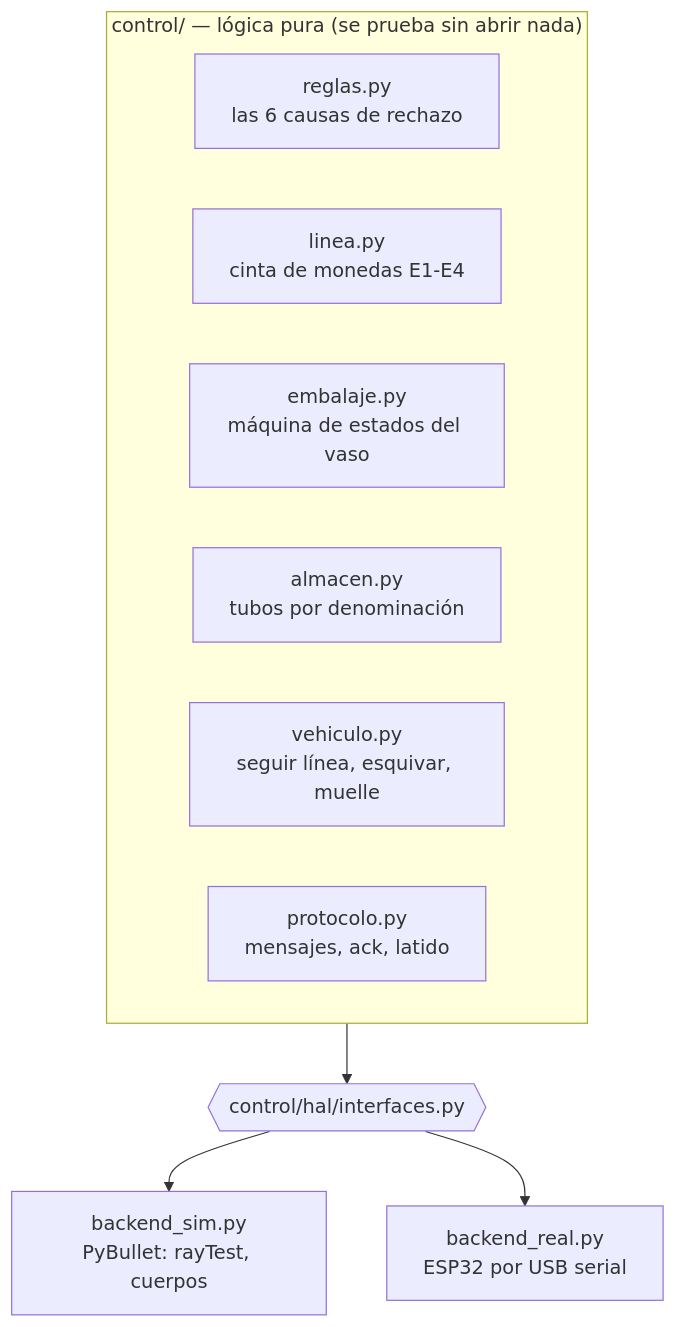
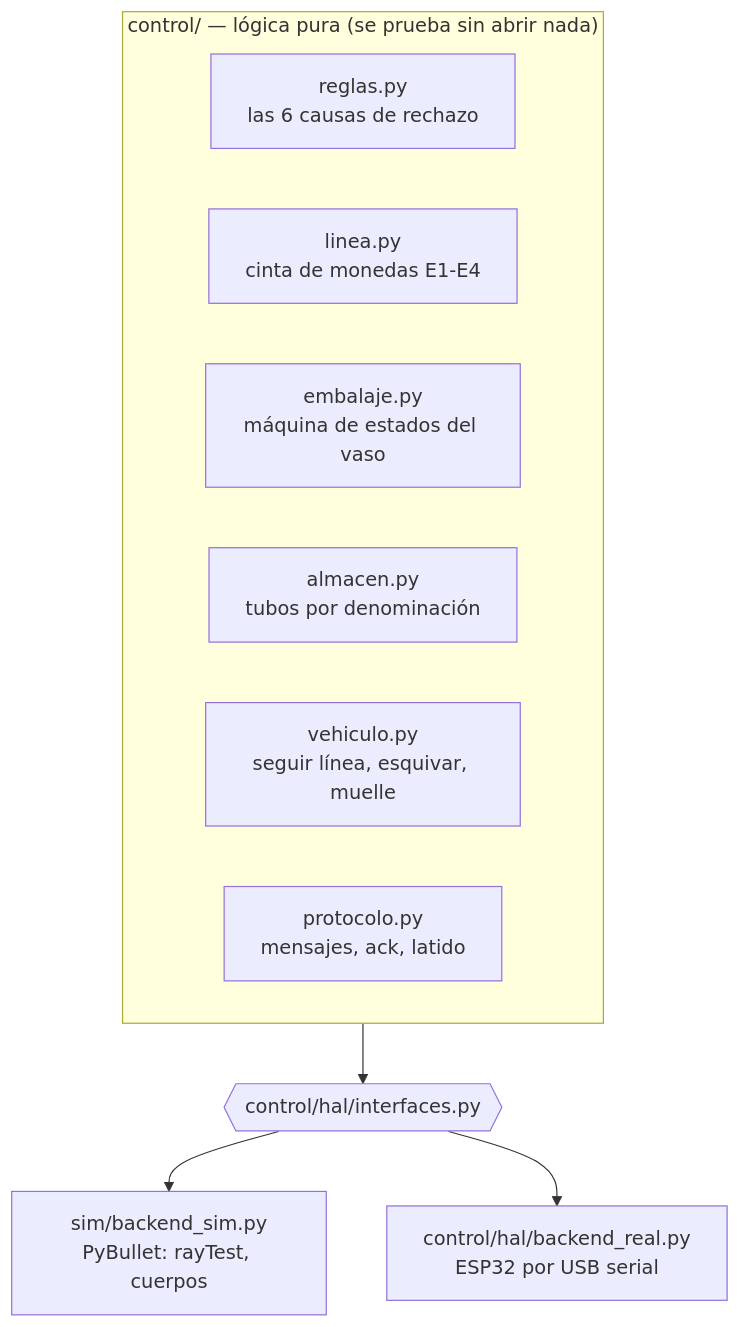
One commit to Dathinel/Sensores-Teoria changed the first of 7 diagrams in proyecto-final/docs/logica-interna.md. Above: the diagram before and after it, drawn with Mermaid. The commit also changed other lines of this file and 34 other files, not shown here.

````diff
--- a/proyecto-final/docs/logica-interna.md
+++ b/proyecto-final/docs/logica-interna.md
@@ -18,15 +18,15 @@
 ```mermaid
 flowchart TB
     subgraph Control["control/ — lógica pura (se prueba sin abrir nada)"]
         R[reglas.py<br/>las 6 causas de rechazo]
         L[linea.py<br/>cinta de monedas E1-E4]
         E[embalaje.py<br/>máquina de estados del vaso]
         A[almacen.py<br/>tubos por denominación]
         V[vehiculo.py<br/>seguir línea, esquivar, muelle]
         P[protocolo.py<br/>mensajes, ack, latido]
     end
     HAL{{control/hal/interfaces.py}}
     Control --> HAL
-    HAL --> SIM[backend_sim.py<br/>PyBullet: rayTest, cuerpos]
-    HAL --> REAL[backend_real.py<br/>ESP32 por USB serial]
+    HAL --> SIM[sim/backend_sim.py<br/>PyBullet: rayTest, cuerpos]
+    HAL --> REAL[control/hal/backend_real.py<br/>ESP32 por USB serial]
 ```
````
